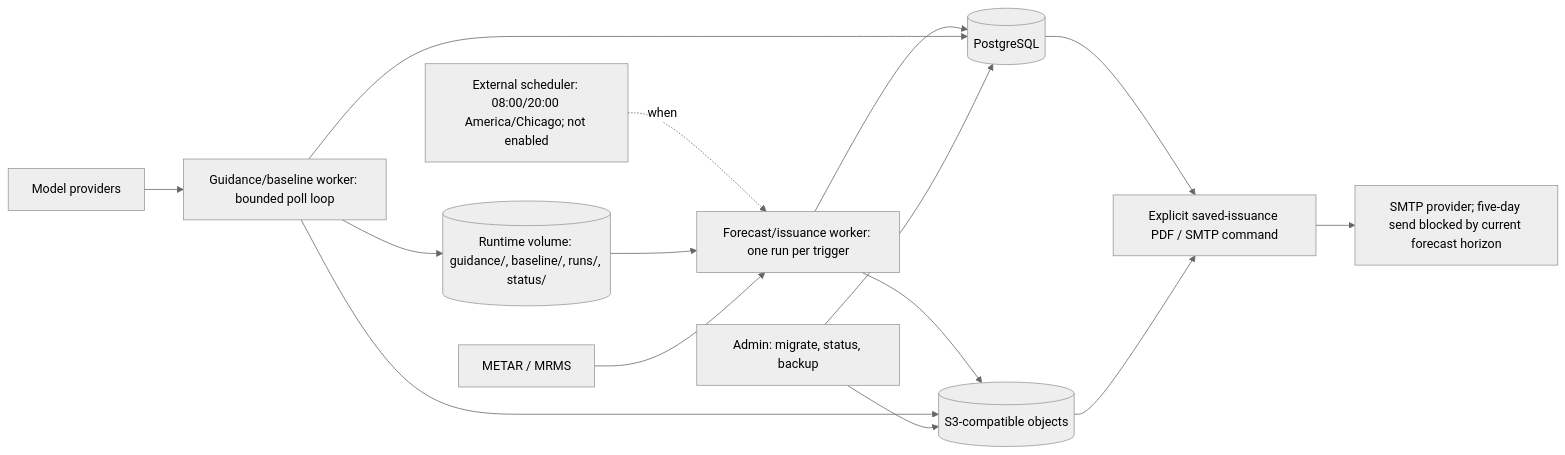
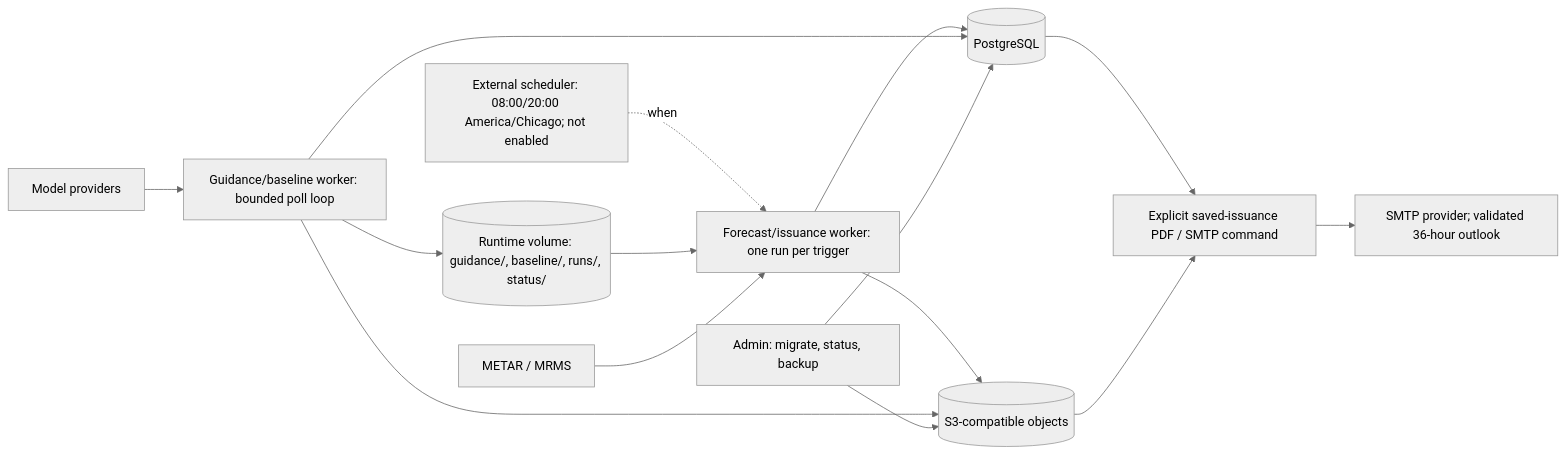
The third of 3 diagrams in ARCHITECTURE.md (Tony-Ingle/mesoforge), drawn with Mermaid (neutral theme) before and after one commit. The commit also changed other lines of this file and 7 other files, not shown here.

Commit message:
Ship saved-issuance 36-hour PDF and email outlook

````diff
--- a/ARCHITECTURE.md
+++ b/ARCHITECTURE.md
@@ -1249,17 +1249,17 @@
 ```mermaid
 flowchart LR
     X[External scheduler: 08:00/20:00 America/Chicago; not enabled] -. when .-> F
     P[Model providers] --> G[Guidance/baseline worker: bounded poll loop]
     G --> R[(Runtime volume: guidance/, baseline/, runs/, status/)]
     R --> F[Forecast/issuance worker: one run per trigger]
     O[METAR / MRMS] --> F
     F --> DB[(PostgreSQL)]
     F --> S3[(S3-compatible objects)]
     G --> DB
     G --> S3
     A[Admin: migrate, status, backup] --> DB
     A --> S3
     DB --> D[Explicit saved-issuance PDF / SMTP command]
     S3 --> D
-    D --> E[SMTP provider; five-day send blocked by current forecast horizon]
+    D --> E[SMTP provider; validated 36-hour outlook]
 ```
````
